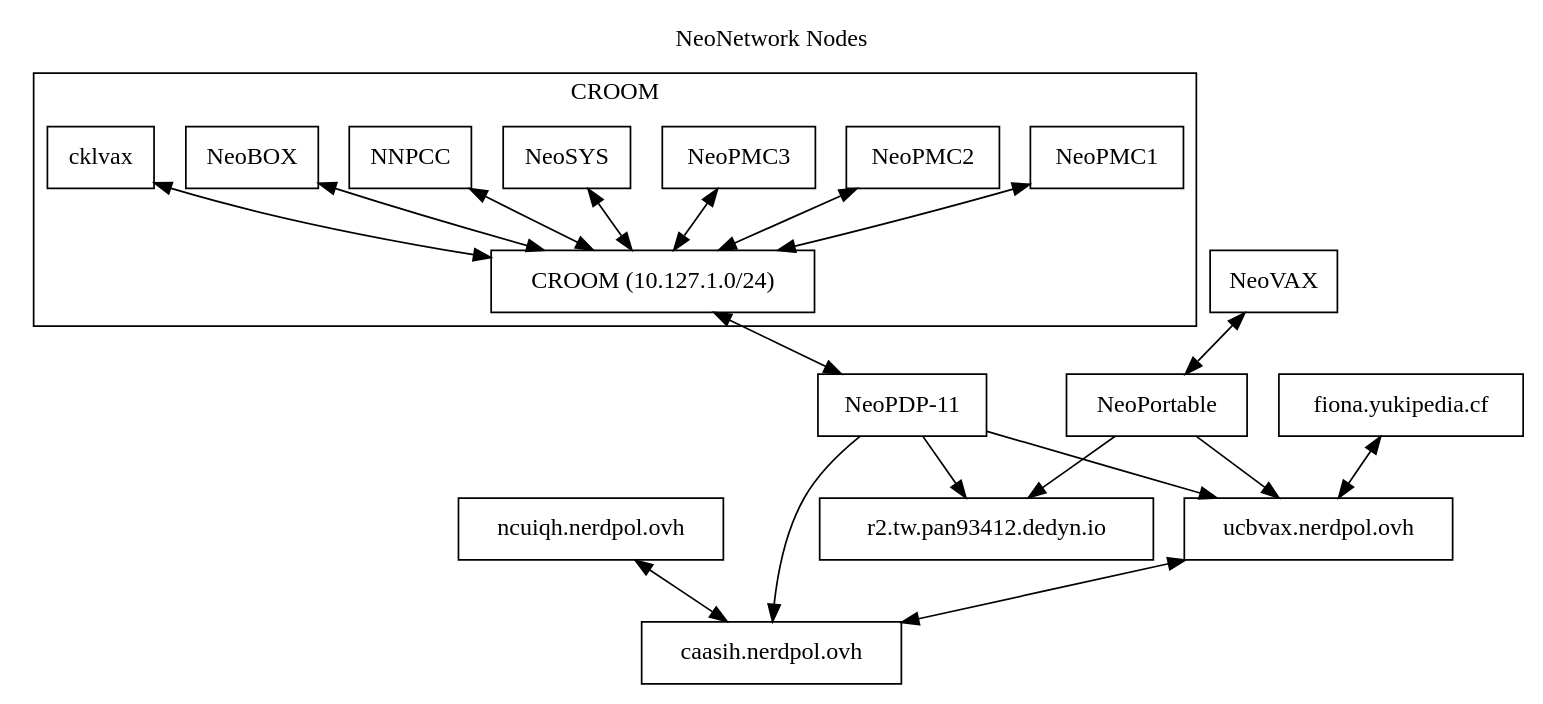
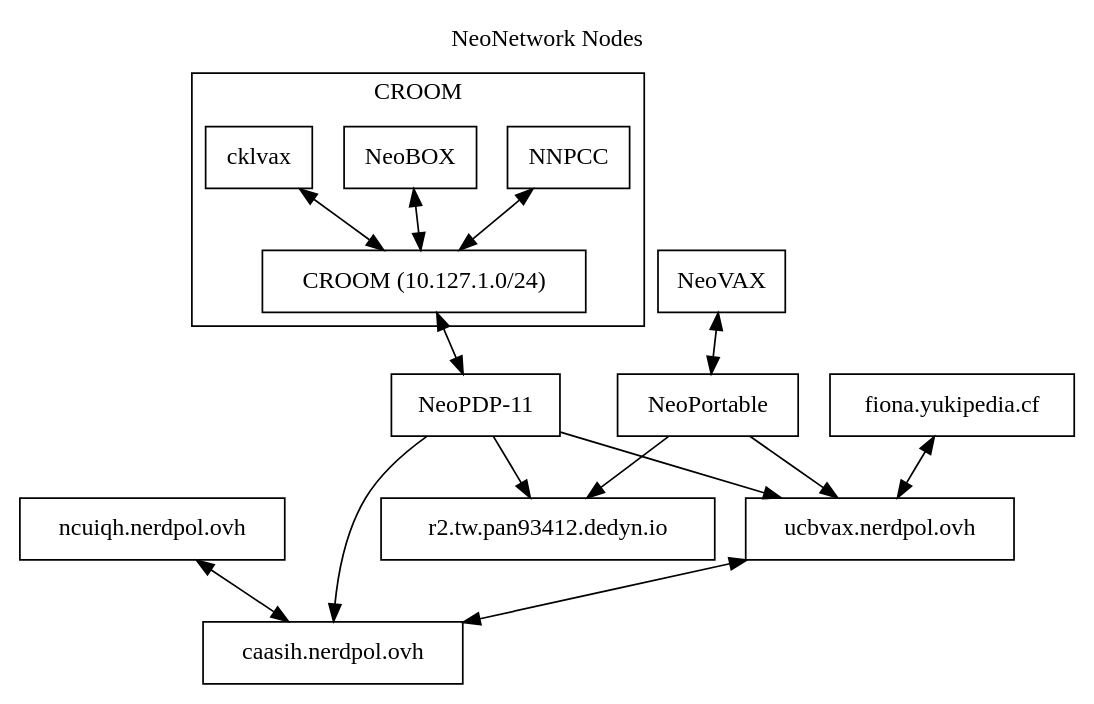
One commit to NeoCloud/NeoNetwork changed the diagram in nodes.dot. Above: the diagram before and after it, drawn with Graphviz.

Commit message:
removed no longer operated nodes

```diff
--- a/nodes.dot
+++ b/nodes.dot
@@ -1,39 +1,35 @@
 digraph "NeoNetwork Nodes"
 {
 	labelloc="t";
 	label="NeoNetwork Nodes";
 	rankdir=TD
 	node [shape=box]
 	c [label="caasih.nerdpol.ovh"]
 	ucbvax [label="ucbvax.nerdpol.ovh"]
 	np11 [label="NeoPDP-11"]
 	croom [label="CROOM (10.127.1.0/24)"]
 	np [label="NeoPortable"]
 	nv [label="NeoVAX"]
 	ncuiqh [label="ncuiqh.nerdpol.ovh"]
 	fionaLHS [label="fiona.yukipedia.cf"]
 	pan [label="r2.tw.pan93412.dedyn.io"]
 
 	subgraph cluster_croom {
-	    label = "CROOM";
+		label = "CROOM";
 
-		NeoPMC1 -> croom [dir=both]
-		NeoPMC2 -> croom [dir=both]
-		NeoPMC3 -> croom [dir=both]
-		NeoSYS -> croom [dir=both]
 		NNPCC -> croom [dir=both]
 		NeoBOX -> croom [dir=both]
 		cklvax -> croom [dir=both]
 	}
 
 	np11 -> c
 	np11 -> ucbvax
 	np11 -> pan
 	ucbvax -> c [dir=both]
 	croom -> np11 [dir=both]
 	np -> ucbvax
 	nv -> np [dir=both]
 	ncuiqh -> c [dir=both]
 	fionaLHS -> ucbvax [dir=both]
 	np -> pan
 }
```
